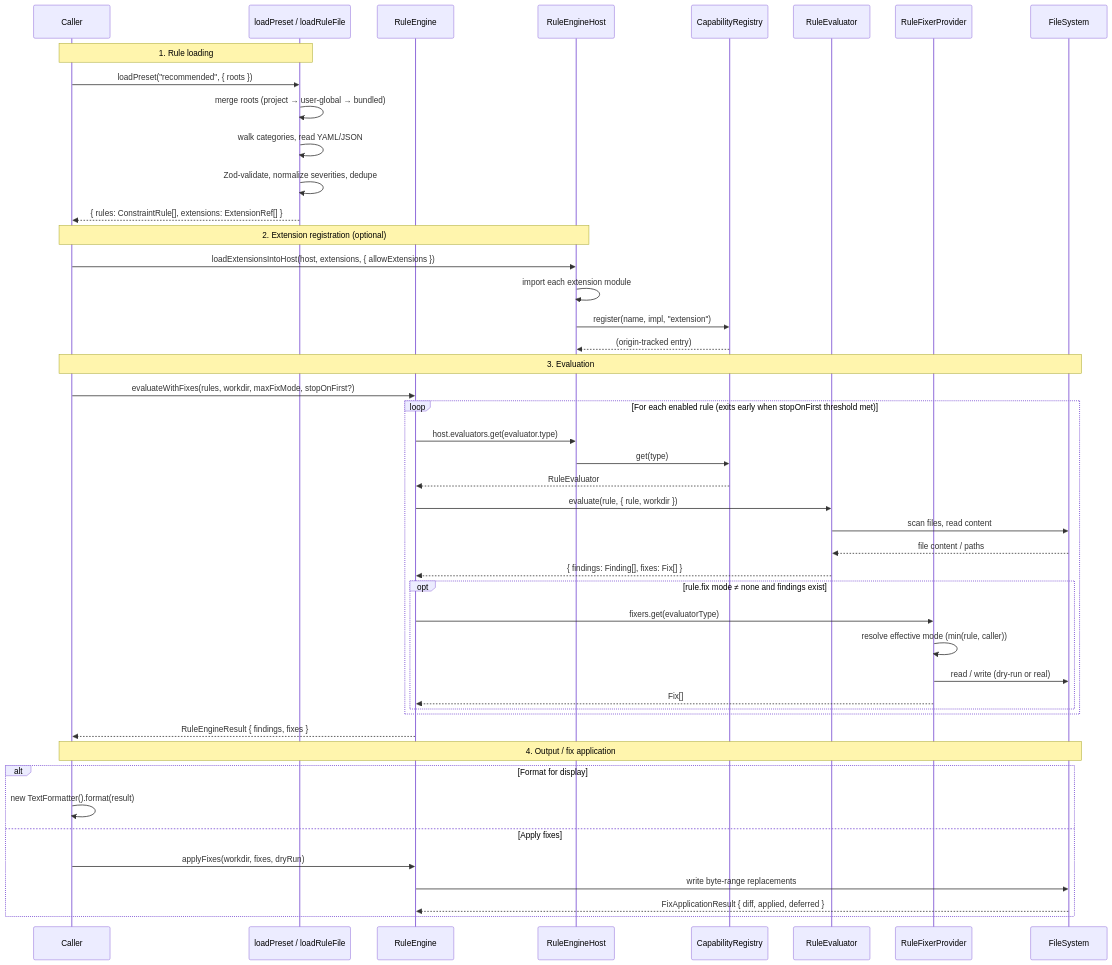
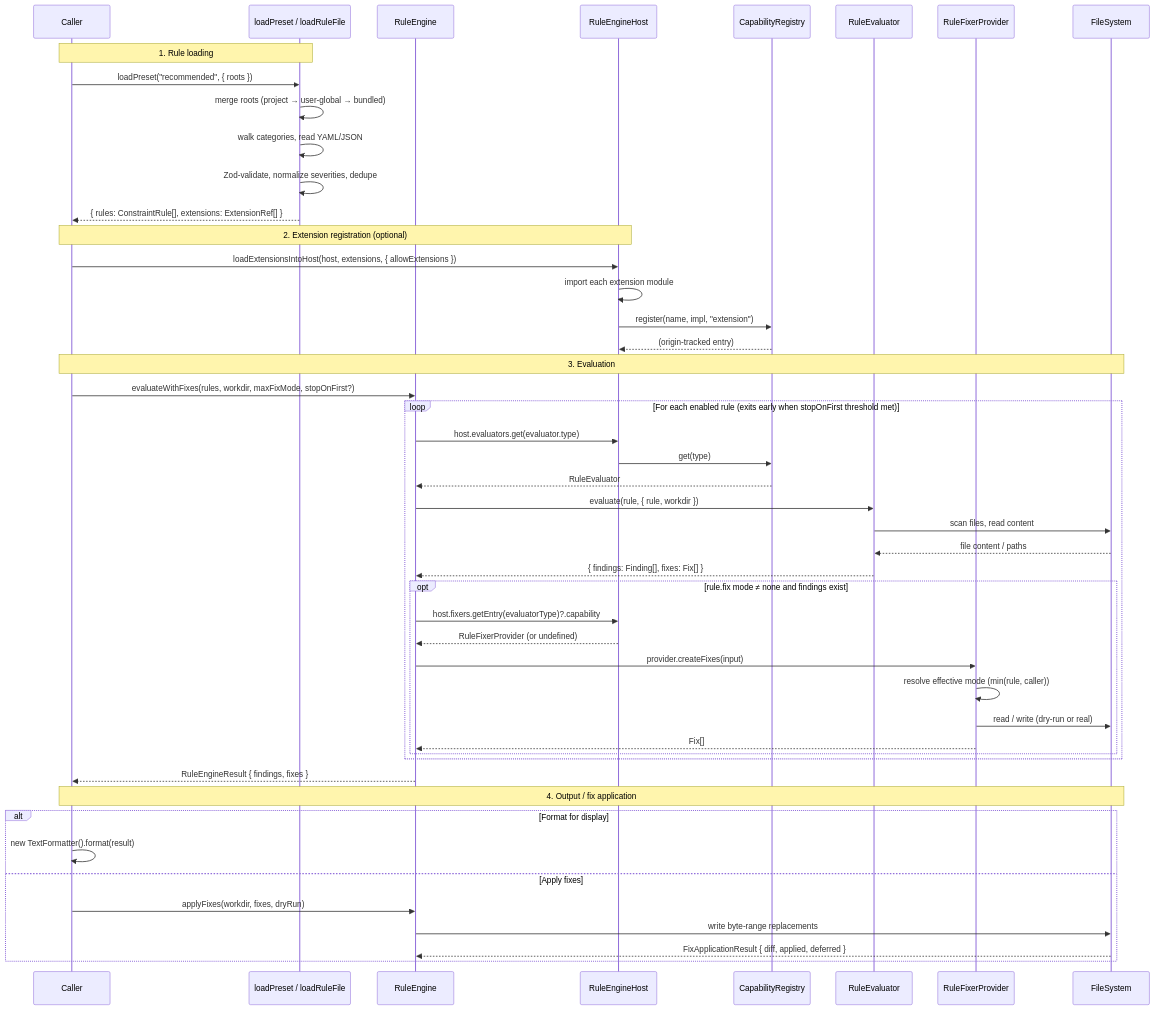
The third of 3 diagrams in packages/rule-engine/README.md (gobing-ai/ts-libs), drawn with Mermaid before and after one commit. The commit also changed other lines of this file, not shown here.

Commit message:
fix(rule-engine): move fixer providers onto the host registru 4th CapabilityRegistry and wire fixer extensions

````diff
--- a/packages/rule-engine/README.md
+++ b/packages/rule-engine/README.md
@@ -79,53 +79,55 @@
 ```mermaid
 sequenceDiagram
     participant Caller
     participant Loader as loadPreset / loadRuleFile
     participant Engine as RuleEngine
     participant Host as RuleEngineHost
     participant Registry as CapabilityRegistry
     participant Evaluator as RuleEvaluator
     participant Fixer as RuleFixerProvider
     participant FS as FileSystem
 
     Note over Caller,Loader: 1. Rule loading
     Caller->>Loader: loadPreset("recommended", { roots })
     Loader->>Loader: merge roots (project → user-global → bundled)
     Loader->>Loader: walk categories, read YAML/JSON
     Loader->>Loader: Zod-validate, normalize severities, dedupe
     Loader-->>Caller: { rules: ConstraintRule[], extensions: ExtensionRef[] }
 
     Note over Caller,Host: 2. Extension registration (optional)
     Caller->>Host: loadExtensionsIntoHost(host, extensions, { allowExtensions })
     Host->>Host: import each extension module
     Host->>Registry: register(name, impl, "extension")
     Registry-->>Host: (origin-tracked entry)
 
     Note over Caller,FS: 3. Evaluation
     Caller->>Engine: evaluateWithFixes(rules, workdir, maxFixMode, stopOnFirst?)
     loop For each enabled rule (exits early when stopOnFirst threshold met)
         Engine->>Host: host.evaluators.get(evaluator.type)
         Host->>Registry: get(type)
         Registry-->>Engine: RuleEvaluator
         Engine->>Evaluator: evaluate(rule, { rule, workdir })
         Evaluator->>FS: scan files, read content
         FS-->>Evaluator: file content / paths
         Evaluator-->>Engine: { findings: Finding[], fixes: Fix[] }
 
         opt rule.fix mode ≠ none and findings exist
-            Engine->>Fixer: fixers.get(evaluatorType)
+            Engine->>Host: host.fixers.getEntry(evaluatorType)?.capability
+            Host-->>Engine: RuleFixerProvider (or undefined)
+            Engine->>Fixer: provider.createFixes(input)
             Fixer->>Fixer: resolve effective mode (min(rule, caller))
             Fixer->>FS: read / write (dry-run or real)
             Fixer-->>Engine: Fix[]
         end
     end
     Engine-->>Caller: RuleEngineResult { findings, fixes }
 
     Note over Caller,FS: 4. Output / fix application
     alt Format for display
         Caller->>Caller: new TextFormatter().format(result)
     else Apply fixes
         Caller->>Engine: applyFixes(workdir, fixes, dryRun)
         Engine->>FS: write byte-range replacements
         FS-->>Engine: FixApplicationResult { diff, applied, deferred }
     end
 ```
````
